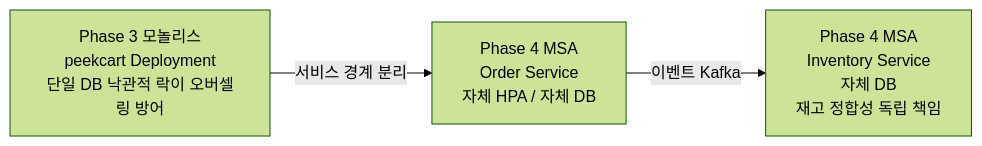
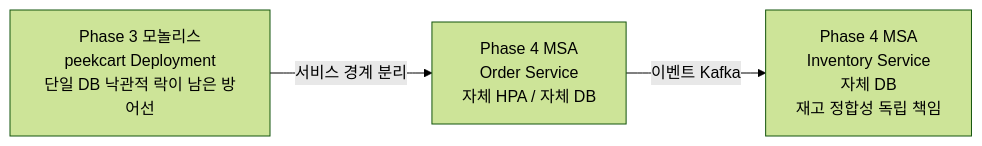
The third of 3 diagrams in src/content/blog/peekcart-17-order-concurrency-hpa.md (Kimgyuilli/blog), drawn with Mermaid (forest theme) before and after one commit. The commit also changed other lines of this file and 6 other files, not shown here.

````diff
--- a/src/content/blog/peekcart-17-order-concurrency-hpa.md
+++ b/src/content/blog/peekcart-17-order-concurrency-hpa.md
@@ -447,9 +457,9 @@
 ```mermaid  
 flowchart LR  
-    M["Phase 3 모놀리스<br/>peekcart Deployment<br/>단일 DB 낙관적 락이 오버셀링 방어"]
+    M["Phase 3 모놀리스<br/>peekcart Deployment<br/>단일 DB 낙관적 락이 남은 방어선"]
     O["Phase 4 MSA<br/>Order Service<br/>자체 HPA / 자체 DB"]
     I["Phase 4 MSA<br/>Inventory Service<br/>자체 DB<br/>재고 정합성 독립 책임"]
 
     M -->|"서비스 경계 분리"| O
     O -->|"이벤트 Kafka"| I
 ```  
````
